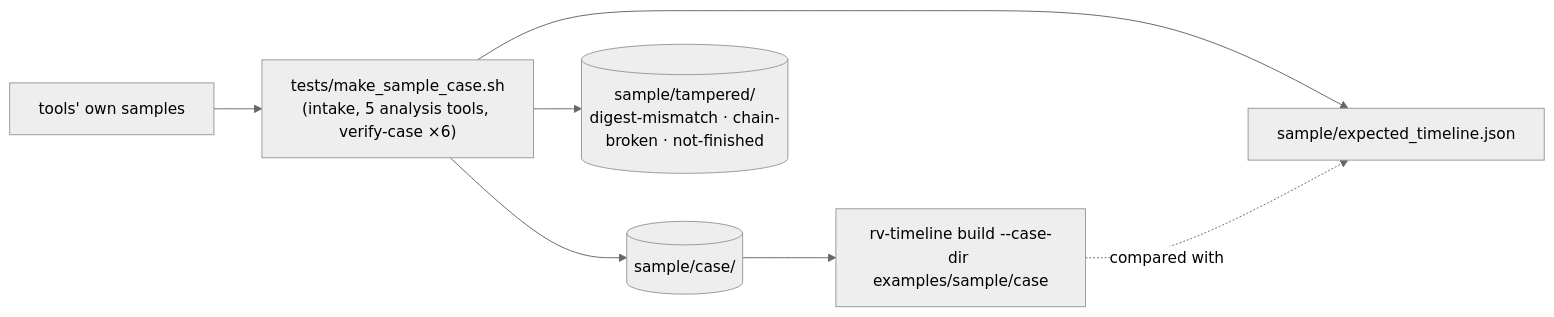
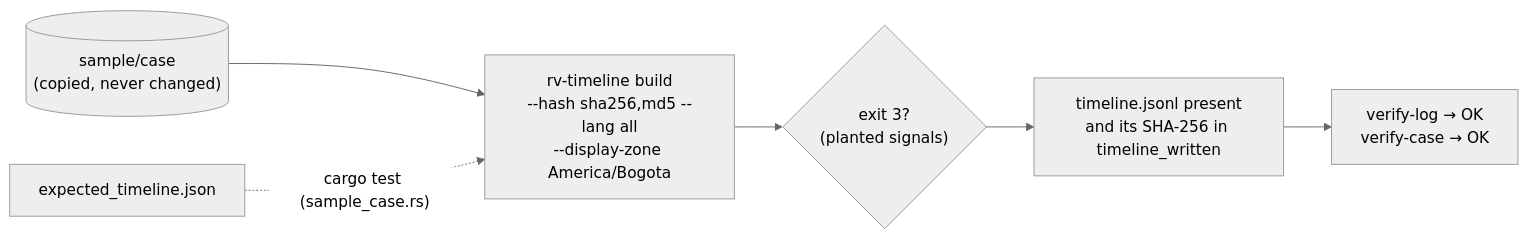
The diagram in examples/README.md (Panacota96/rv-timeline), drawn with Mermaid (neutral theme) before and after one commit. The commit also changed other lines of this file and 1 other file, not shown here.

Commit message:
docs: examples README for the sample case; CONTRIBUTING rules for readers, signals and the sample

````diff
--- a/examples/README.md
+++ b/examples/README.md
@@ -42,9 +20,8 @@
 ```mermaid
 flowchart LR
-    T["tools' own samples"] --> M["tests/make_sample_case.sh<br/>(intake, 5 analysis tools, verify-case ×6)"]
-    M --> C[("sample/case/")]
-    M --> X[("sample/tampered/<br/>digest-mismatch · chain-broken · not-finished")]
-    M --> J["sample/expected_timeline.json"]
-    C --> B["rv-timeline build --case-dir examples/sample/case"]
-    B -. "compared with" .-> J
+    C[("sample/case<br/>(copied, never changed)")] --> B["rv-timeline build<br/>--hash sha256,md5 --lang all<br/>--display-zone America/Bogota"]
+    B --> X{"exit 3?<br/>(planted signals)"}
+    X --> J["timeline.jsonl present<br/>and its SHA-256 in timeline_written"]
+    J --> V["verify-log → OK<br/>verify-case → OK"]
+    E["expected_timeline.json"] -. "cargo test (sample_case.rs)" .-> B
 ```
````
